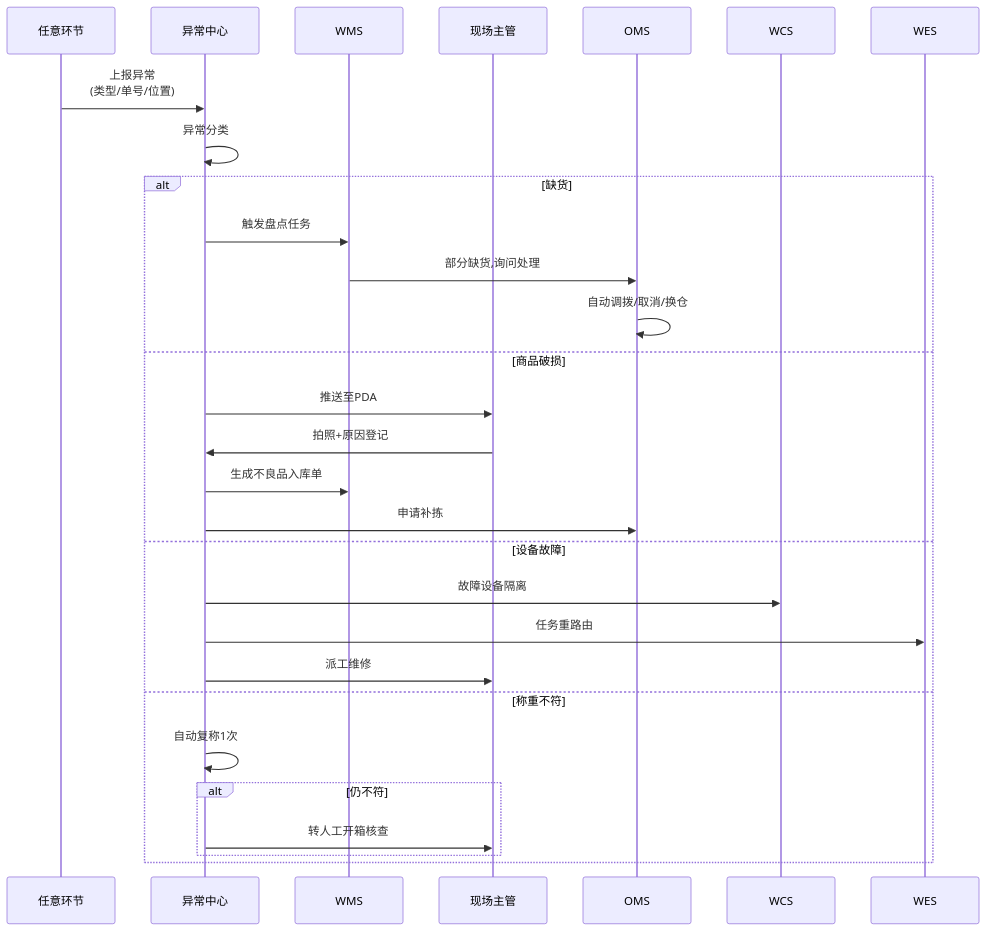
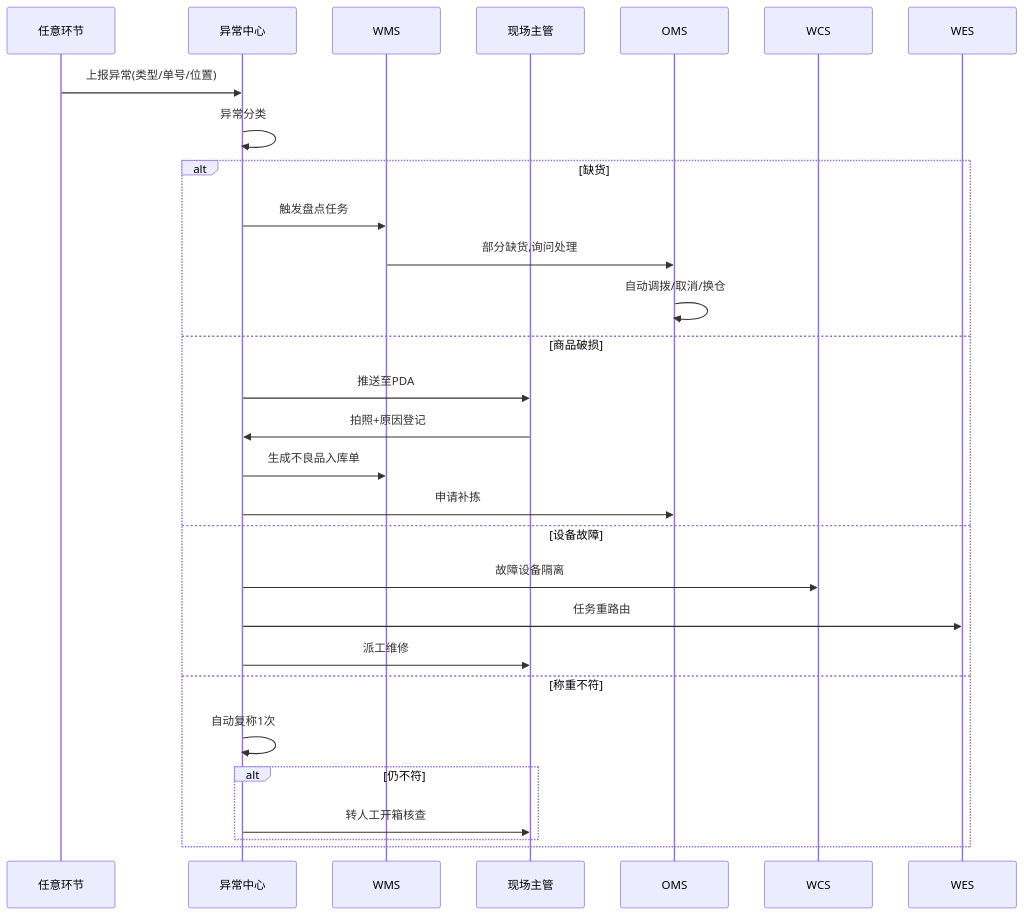
The sixth of 9 diagrams in docs/warehouse-automation-outbound.md (generous-jiang/jiangzw), drawn with Mermaid before and after one commit. The commit also changed other lines of this file and 9 other files, not shown here.

Commit message:
docs: 渲染所有交互图为 PNG 并嵌入文档（保留 Mermaid 源码可折叠）

````diff
--- a/docs/warehouse-automation-outbound.md
+++ b/docs/warehouse-automation-outbound.md
@@ -232,30 +277,30 @@
 ```mermaid
 sequenceDiagram
     participant System as 任意环节
     participant EXC as 异常中心
     participant WMS
     participant Ops as 现场主管
 
-    System->>EXC: 上报异常<br/>(类型/单号/位置)
+    System->>EXC: 上报异常(类型/单号/位置)
     EXC->>EXC: 异常分类
 
     alt 缺货
         EXC->>WMS: 触发盘点任务
         WMS->>OMS: 部分缺货,询问处理
         OMS->>OMS: 自动调拨/取消/换仓
     else 商品破损
         EXC->>Ops: 推送至PDA
         Ops->>EXC: 拍照+原因登记
         EXC->>WMS: 生成不良品入库单
         EXC->>OMS: 申请补拣
     else 设备故障
         EXC->>WCS: 故障设备隔离
         EXC->>WES: 任务重路由
         EXC->>Ops: 派工维修
     else 称重不符
         EXC->>EXC: 自动复称1次
         alt 仍不符
             EXC->>Ops: 转人工开箱核查
         end
     end
 ```
````
